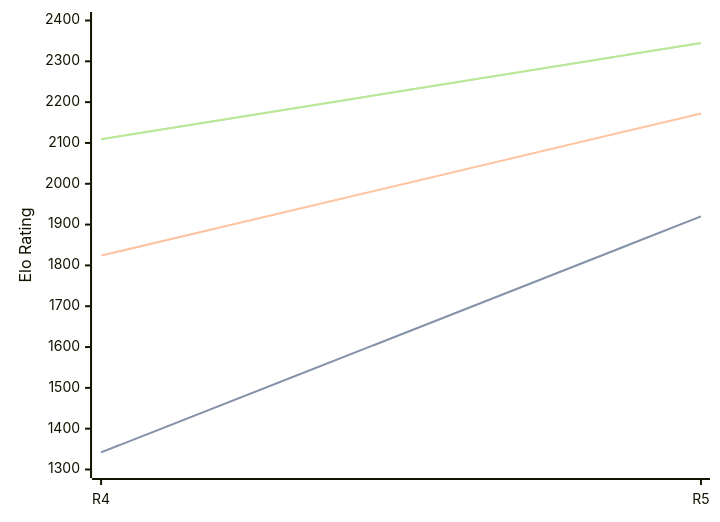
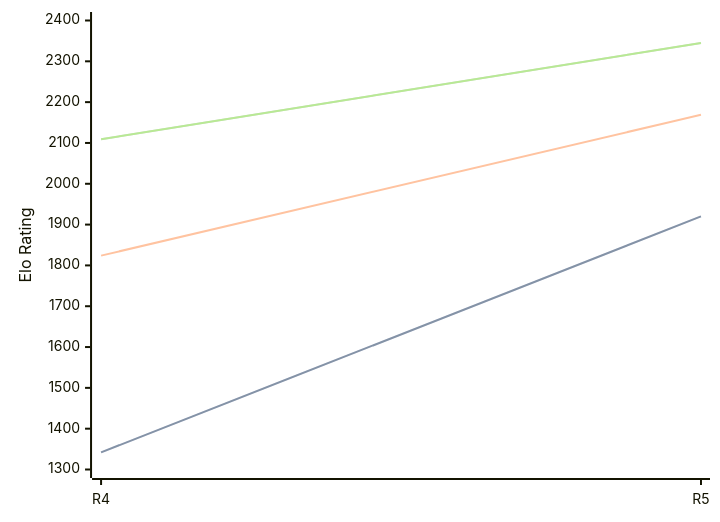
One commit to computer-chess-index/cci changed the first of 3 diagrams in engines/Viking.md. Above: the diagram before and after it, drawn with Mermaid. The commit also changed other lines of this file, not shown here.

````diff
--- a/engines/Viking.md
+++ b/engines/Viking.md
@@ -35,11 +35,11 @@
 ```mermaid
 %%{init: {"theme":"base","themeVariables":{"seriesColors:['#a3a3a3','#222221','#faa371']}}}%%
 xychart-beta
   x-axis ["R4", "R5"]
   y-axis "Elo Rating" 1300 --> 2400
   line "STC (8.0+0.08s)" [1342, 1920]
   line "STC (8.0+0.08s)" [1342, 1920]
-  line "LTC (60.0+0.60s)" [1824, 2172]
+  line "LTC (60.0+0.60s)" [1824, 2169]
   line "VLTC (2m24s+1.12s)" [2109, 2345]
   line "VLTC (2m24s+1.12s)" [2109, 2345]
 ```
````
